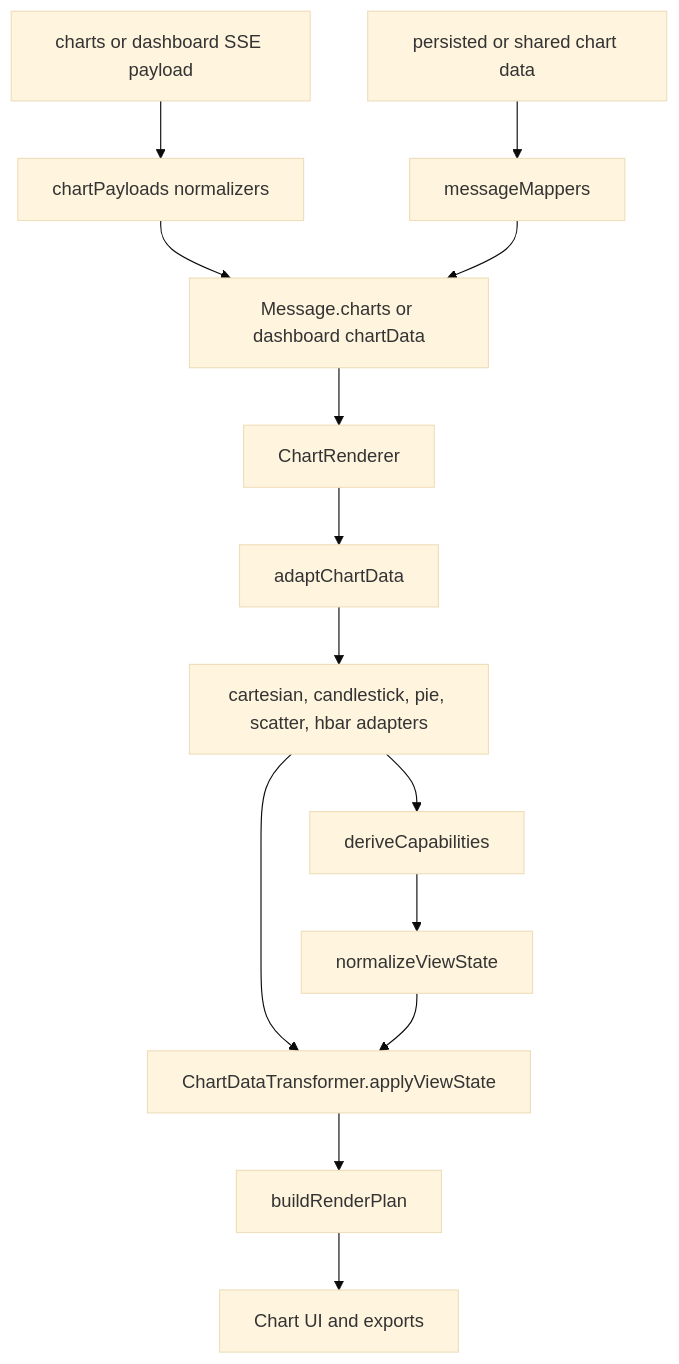
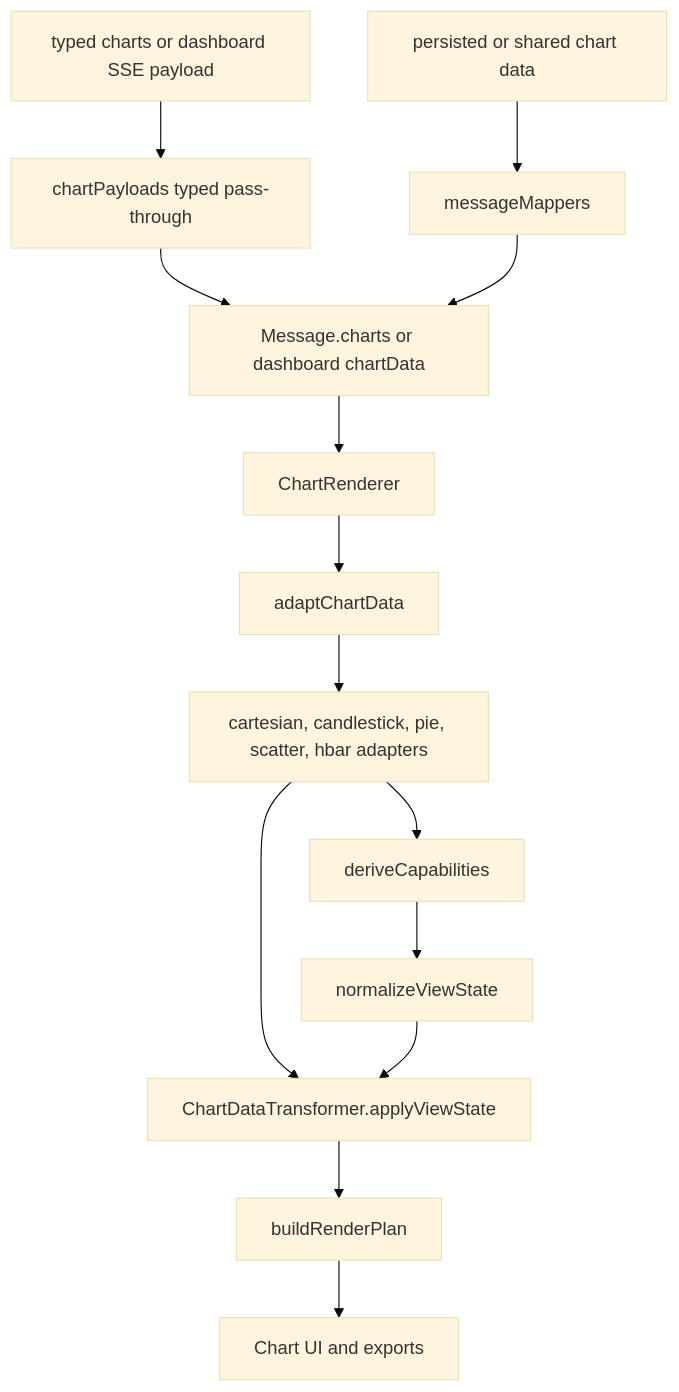
One commit to DefiLlama/defillama-app changed the fifth of 8 diagrams in src/containers/LlamaAI/ARCHITECTURE.md. Above: the diagram before and after it, drawn with Mermaid (base theme). The commit also changed other lines of this file and 18 other files, not shown here.

````diff
--- a/src/containers/LlamaAI/ARCHITECTURE.md
+++ b/src/containers/LlamaAI/ARCHITECTURE.md
@@ -143,16 +143,16 @@
 ```mermaid
 flowchart TD
-  SSE["charts or dashboard SSE payload"] --> Normalize["chartPayloads normalizers"]
+  SSE["typed charts or dashboard SSE payload"] --> PassThrough["chartPayloads typed pass-through"]
   Restore["persisted or shared chart data"] --> Mappers["messageMappers"]
-  Normalize --> MessageCharts["Message.charts or dashboard chartData"]
+  PassThrough --> MessageCharts["Message.charts or dashboard chartData"]
   Mappers --> MessageCharts
   MessageCharts --> Renderer["ChartRenderer"]
   Renderer --> Adapter["adaptChartData"]
   Adapter --> Families["cartesian, candlestick, pie, scatter, hbar adapters"]
   Families --> Capabilities["deriveCapabilities"]
   Capabilities --> ViewState["normalizeViewState"]
   Families --> Transformer["ChartDataTransformer.applyViewState"]
   ViewState --> Transformer
   Transformer --> Plan["buildRenderPlan"]
   Plan --> UI["Chart UI and exports"]
 ```
````
